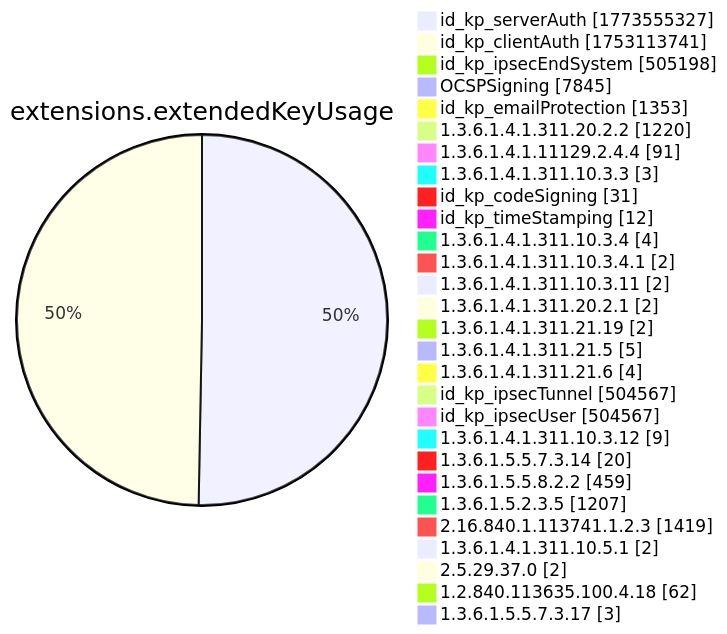
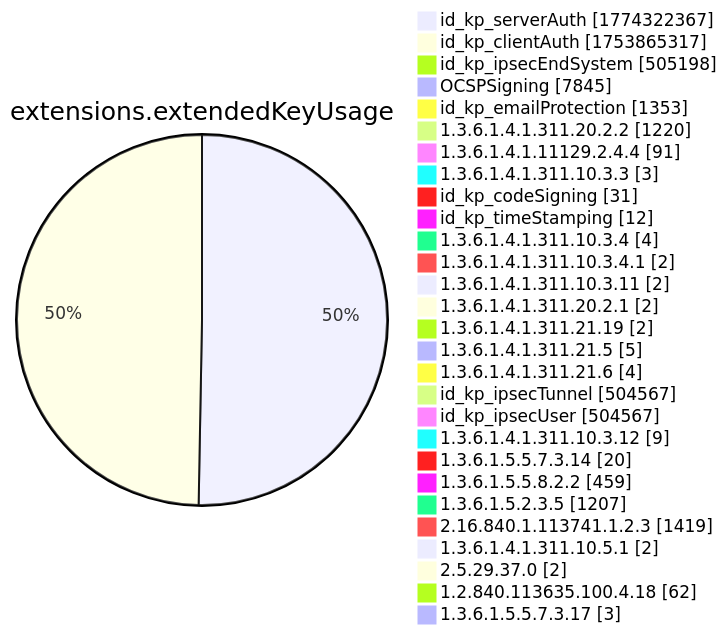
One commit to christiankrug/ctmonitor_visualization changed diagram 12 of 15 in xenon2022/README.md. Above: the diagram before and after it, drawn with Mermaid. The commit also changed other lines of this file, not shown here.

````diff
--- a/xenon2022/README.md
+++ b/xenon2022/README.md
@@ -3893,32 +3893,32 @@
 ```mermaid
 pie showData
 title extensions.extendedKeyUsage
-"id_kp_serverAuth" :1773555327
-"id_kp_clientAuth" :1753113741
+"id_kp_serverAuth" :1774322367
+"id_kp_clientAuth" :1753865317
 "id_kp_ipsecEndSystem" :505198
 "OCSPSigning" :7845
 "id_kp_emailProtection" :1353
 "1.3.6.1.4.1.311.20.2.2" :1220
 "1.3.6.1.4.1.11129.2.4.4" :91
 "1.3.6.1.4.1.311.10.3.3" :3
 "id_kp_codeSigning" :31
 "id_kp_timeStamping" :12
 "1.3.6.1.4.1.311.10.3.4" :4
 "1.3.6.1.4.1.311.10.3.4.1" :2
 "1.3.6.1.4.1.311.10.3.11" :2
 "1.3.6.1.4.1.311.20.2.1" :2
 "1.3.6.1.4.1.311.21.19" :2
 "1.3.6.1.4.1.311.21.5" :5
 "1.3.6.1.4.1.311.21.6" :4
 "id_kp_ipsecTunnel" :504567
 "id_kp_ipsecUser" :504567
 "1.3.6.1.4.1.311.10.3.12" :9
 "1.3.6.1.5.5.7.3.14" :20
 "1.3.6.1.5.5.8.2.2" :459
 "1.3.6.1.5.2.3.5" :1207
 "2.16.840.1.113741.1.2.3" :1419
 "1.3.6.1.4.1.311.10.5.1" :2
 "2.5.29.37.0" :2
 "1.2.840.113635.100.4.18" :62
 "1.3.6.1.5.5.7.3.17" :3
 ```
````
